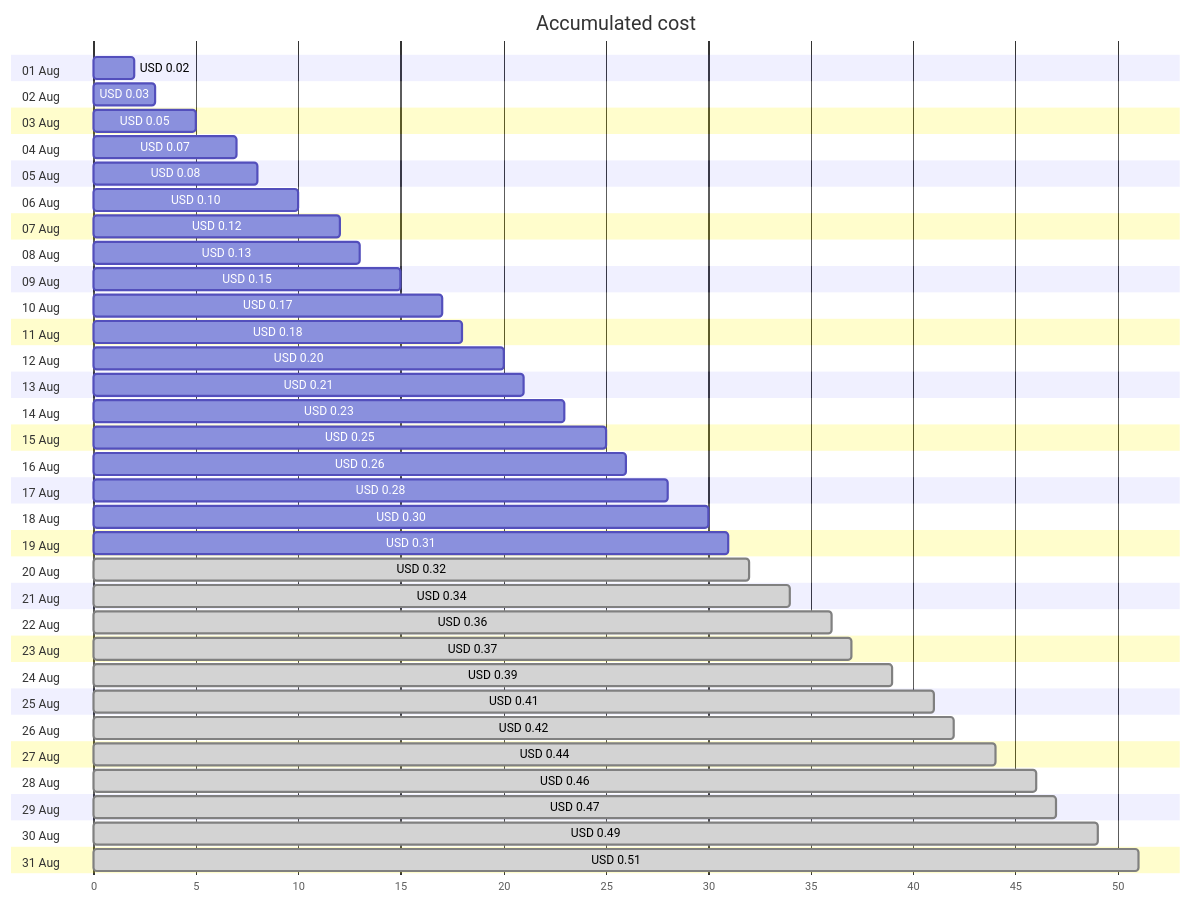
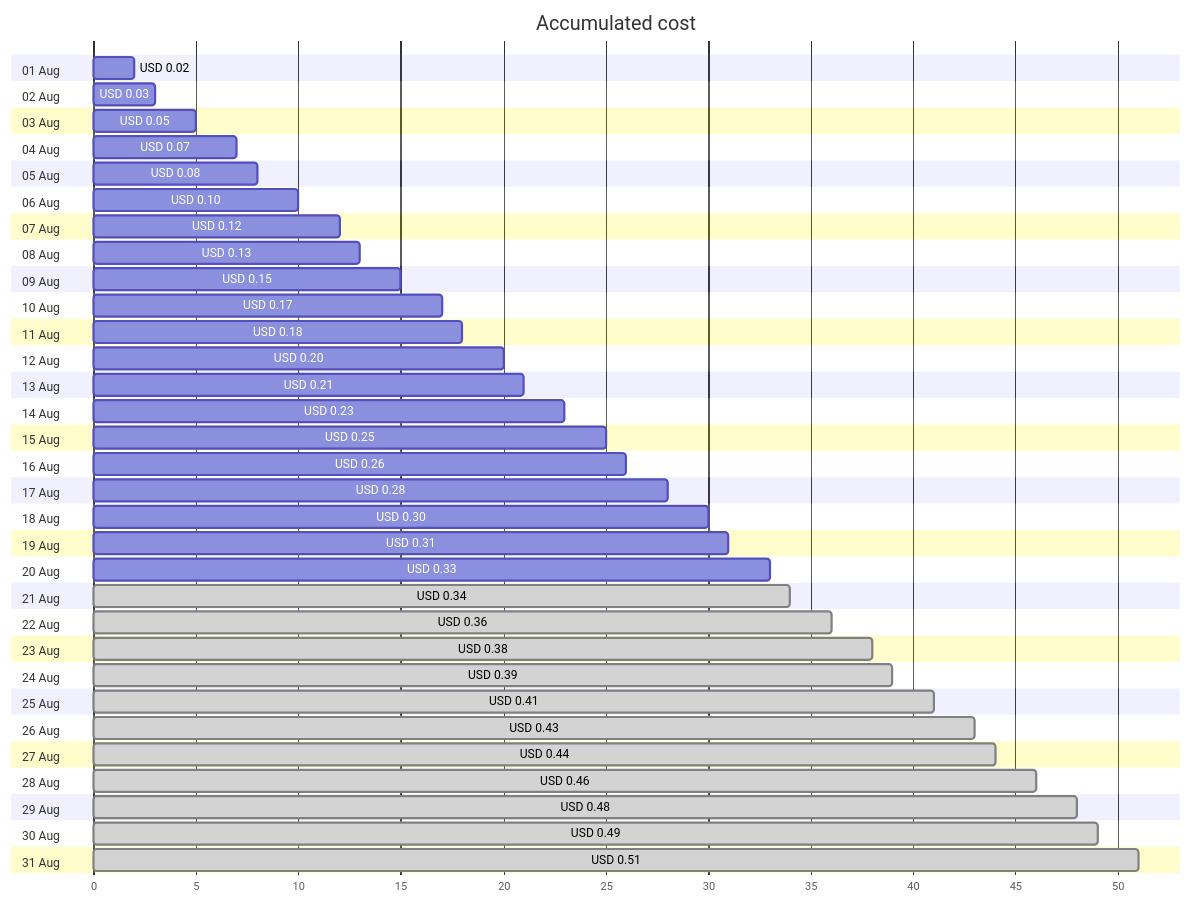
The first of 4 diagrams in cost-reports/personal-dns/jpatrickfulton.dev.md (jpfulton/azure-personal-reports), drawn with Mermaid before and after one commit. The commit also changed other lines of this file and 2 other files, not shown here.

````diff
--- a/cost-reports/personal-dns/jpatrickfulton.dev.md
+++ b/cost-reports/personal-dns/jpatrickfulton.dev.md
@@ -20,68 +20,68 @@
 ```mermaid
 gantt
    title Accumulated cost
    dateFormat  X
    axisFormat %s
    section 01 Aug
    USD 0.02 :0, 2
    section 02 Aug
    USD 0.03 :0, 3
    section 03 Aug
    USD 0.05 :0, 5
    section 04 Aug
    USD 0.07 :0, 7
    section 05 Aug
    USD 0.08 :0, 8
    section 06 Aug
    USD 0.10 :0, 10
    section 07 Aug
    USD 0.12 :0, 12
    section 08 Aug
    USD 0.13 :0, 13
    section 09 Aug
    USD 0.15 :0, 15
    section 10 Aug
    USD 0.17 :0, 17
    section 11 Aug
    USD 0.18 :0, 18
    section 12 Aug
    USD 0.20 :0, 20
    section 13 Aug
    USD 0.21 :0, 21
    section 14 Aug
    USD 0.23 :0, 23
    section 15 Aug
    USD 0.25 :0, 25
    section 16 Aug
    USD 0.26 :0, 26
    section 17 Aug
    USD 0.28 :0, 28
    section 18 Aug
    USD 0.30 :0, 30
    section 19 Aug
    USD 0.31 :0, 31
    section 20 Aug
-   USD 0.32 : done, 0, 32
+   USD 0.33 :0, 33
    section 21 Aug
    USD 0.34 : done, 0, 34
    section 22 Aug
    USD 0.36 : done, 0, 36
    section 23 Aug
-   USD 0.37 : done, 0, 37
+   USD 0.38 : done, 0, 38
    section 24 Aug
    USD 0.39 : done, 0, 39
    section 25 Aug
    USD 0.41 : done, 0, 41
    section 26 Aug
-   USD 0.42 : done, 0, 42
+   USD 0.43 : done, 0, 43
    section 27 Aug
    USD 0.44 : done, 0, 44
    section 28 Aug
    USD 0.46 : done, 0, 46
    section 29 Aug
-   USD 0.47 : done, 0, 47
+   USD 0.48 : done, 0, 48
    section 30 Aug
    USD 0.49 : done, 0, 49
    section 31 Aug
    USD 0.51 : done, 0, 51
 ```
````
